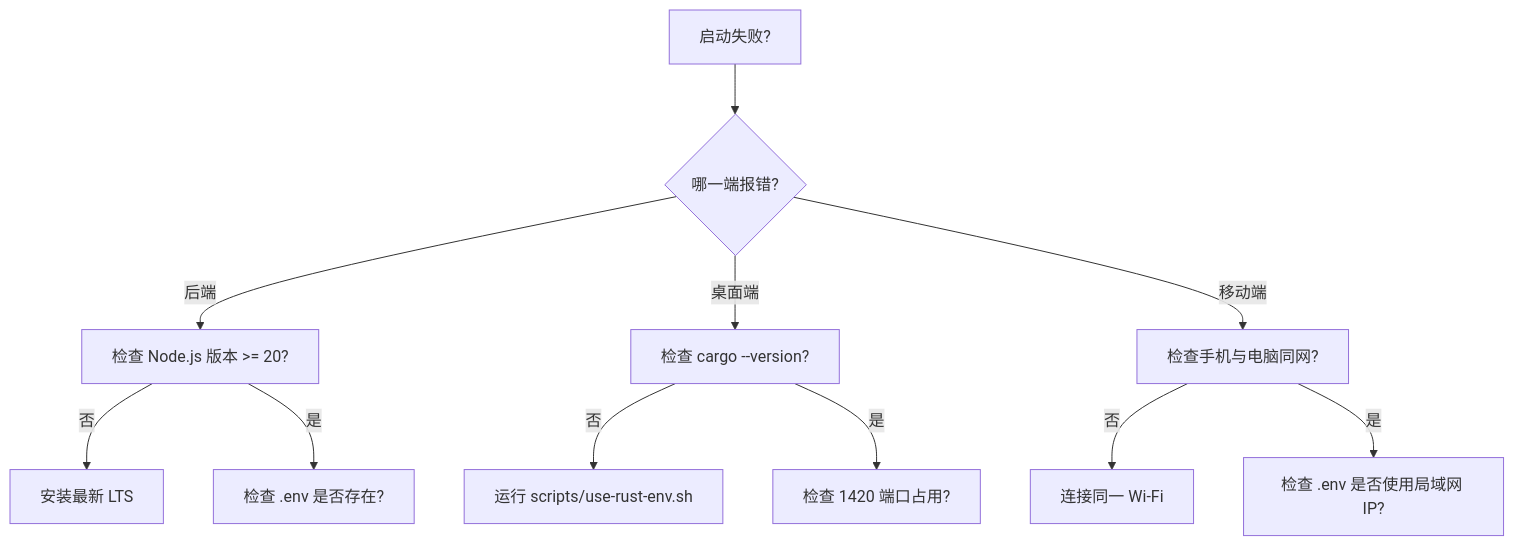
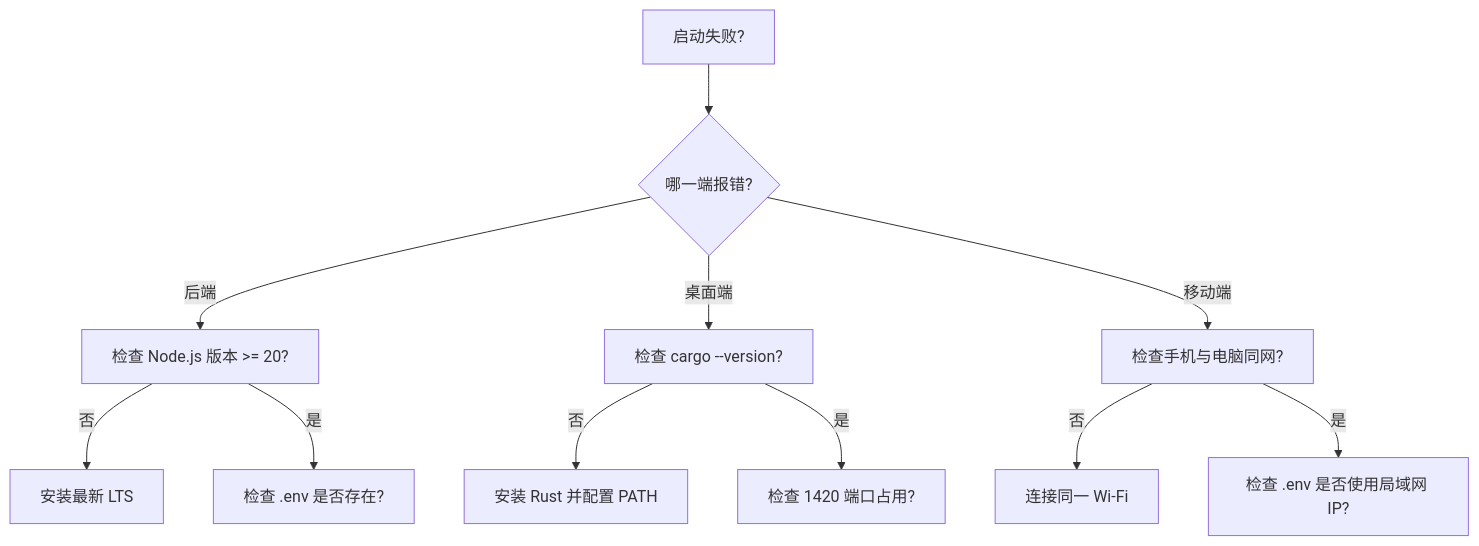
One commit to little1d/LightFlux changed the third of 3 diagrams in .trae/deepwiki/快速上手.md. Above: the diagram before and after it, drawn with Mermaid. The commit also changed other lines of this file and 6 other files, not shown here.

````diff
--- a/.trae/deepwiki/快速上手.md
+++ b/.trae/deepwiki/快速上手.md
@@ -312,15 +309,15 @@
 ```mermaid
 flowchart TD
     Start[启动失败?] --> Type{哪一端报错?}
     Type -- 后端 --> NodeCheck[检查 Node.js 版本 >= 20?]
     NodeCheck -- 否 --> InstallNode[安装最新 LTS]
     NodeCheck -- 是 --> EnvCheck[检查 .env 是否存在?]
 
     Type -- 桌面端 --> RustCheck[检查 cargo --version?]
-    RustCheck -- 否 --> InitRust[运行 scripts/use-rust-env.sh]
+    RustCheck -- 否 --> InitRust[安装 Rust 并配置 PATH]
     RustCheck -- 是 --> PortCheck[检查 1420 端口占用?]
 
     Type -- 移动端 --> NetworkCheck[检查手机与电脑同网?]
     NetworkCheck -- 否 --> ConnectWifi[连接同一 Wi-Fi]
     NetworkCheck -- 是 --> IPCheck[检查 .env 是否使用局域网 IP?]
 ```
````
